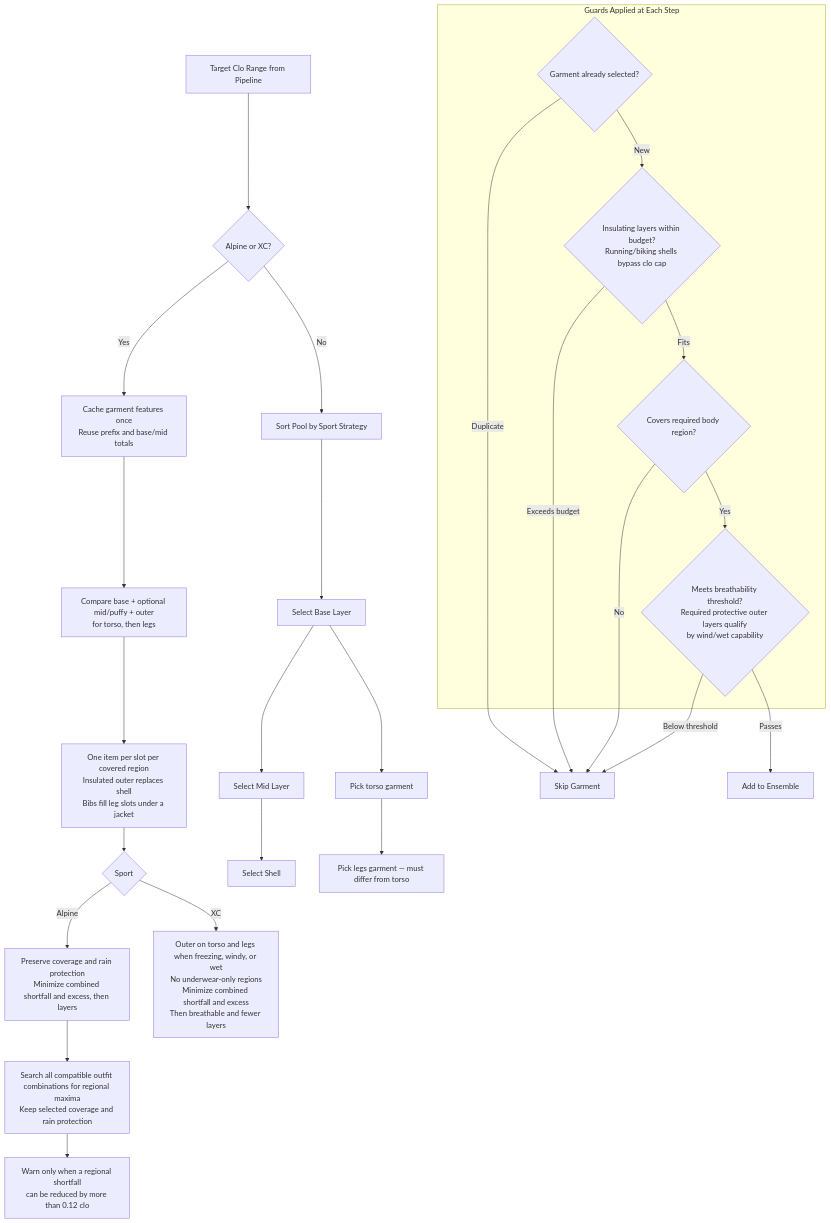
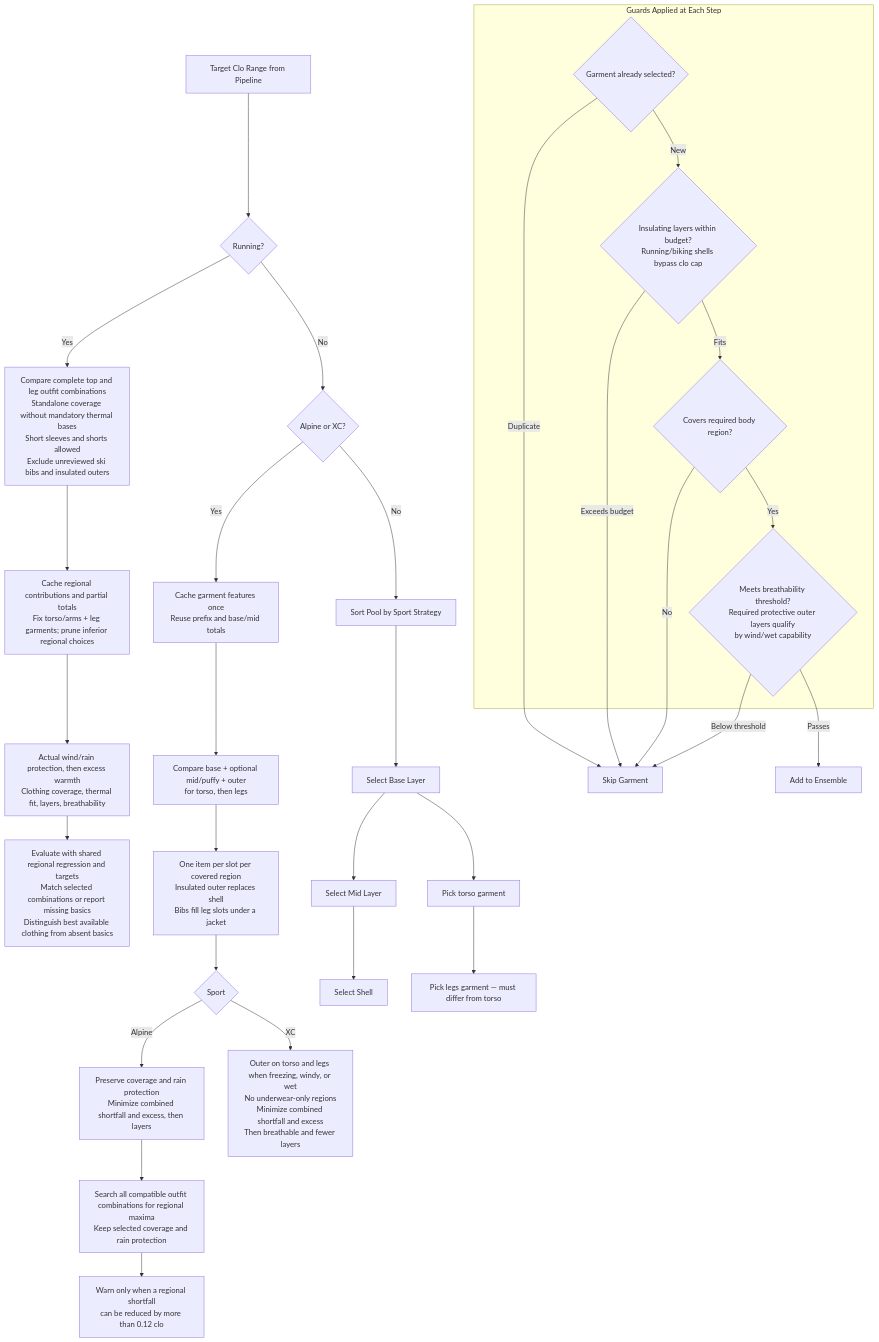
One commit to derobertsw/swttr changed the third of 7 diagrams in README.md. Above: the diagram before and after it, drawn with Mermaid. The commit also changed other lines of this file and 11 other files, not shown here.

Commit message:
Select complete running outfits without mandatory thermal bases (#247) (#349)

````diff
--- a/README.md
+++ b/README.md
@@ -137,35 +139,40 @@
 ```mermaid
 graph TD
-    START[Target Clo Range from Pipeline] --> SPORT{Alpine or XC?}
+    START[Target Clo Range from Pipeline] --> RUNNING{Running?}
+    RUNNING -->|Yes| RUNOPT[Compare complete top and leg outfit combinations<br/>Standalone coverage without mandatory thermal bases<br/>Short sleeves and shorts allowed<br/>Exclude unreviewed ski bibs and insulated outers]
+    RUNOPT --> RCACHE[Cache regional contributions and partial totals<br/>Fix torso/arms + leg garments; prune inferior regional choices]
+    RCACHE --> RUNRANK[Actual wind/rain protection, then excess warmth<br/>Clothing coverage, thermal fit, layers, breathability]
+    RUNRANK --> RUNREQ[Evaluate with shared regional regression and targets<br/>Match selected combinations or report missing basics<br/>Distinguish best available clothing from absent basics]
+    RUNNING -->|No| SPORT{Alpine or XC?}
     SPORT -->|Yes| CACHE[Cache garment features once<br/>Reuse prefix and base/mid totals]
     CACHE --> COMB[Compare base + optional mid/puffy + outer<br/>for torso, then legs]
     COMB --> CAP[One item per slot per covered region<br/>Insulated outer replaces shell<br/>Bibs fill leg slots under a jacket]
     CAP --> RANK{Sport}
     RANK -->|Alpine| REG[Preserve coverage and rain protection<br/>Minimize combined shortfall and excess, then layers]
     REG --> WARM[Search all compatible outfit combinations for regional maxima<br/>Keep selected coverage and rain protection]
     WARM --> WARN[Warn only when a regional shortfall<br/>can be reduced by more than 0.12 clo]
     RANK -->|XC| XREG[Outer on torso and legs when freezing, windy, or wet<br/>No underwear-only regions<br/>Minimize combined shortfall and excess<br/>Then breathable and fewer layers]
     SPORT -->|No| SORT[Sort Pool by Sport Strategy]
     SORT --> BASE[Select Base Layer]
     BASE --> MID[Select Mid Layer]
     MID --> SHELL[Select Shell]
 
     BASE --> T1[Pick torso garment]
     T1 --> L1[Pick legs garment — must differ from torso]
 
     subgraph "Guards Applied at Each Step"
         G1{Garment already selected?}
         G2{Insulating layers within budget?<br/>Running/biking shells bypass clo cap}
         G3{Covers required body region?}
         G4{Meets breathability threshold?<br/>Required protective outer layers qualify<br/>by wind/wet capability}
     end
 
     G1 -->|Duplicate| SKIP[Skip Garment]
     G1 -->|New| G2
     G2 -->|Exceeds budget| SKIP
     G2 -->|Fits| G3
     G3 -->|No| SKIP
     G3 -->|Yes| G4
     G4 -->|Below threshold| SKIP
     G4 -->|Passes| ADD[Add to Ensemble]
 ```
````
